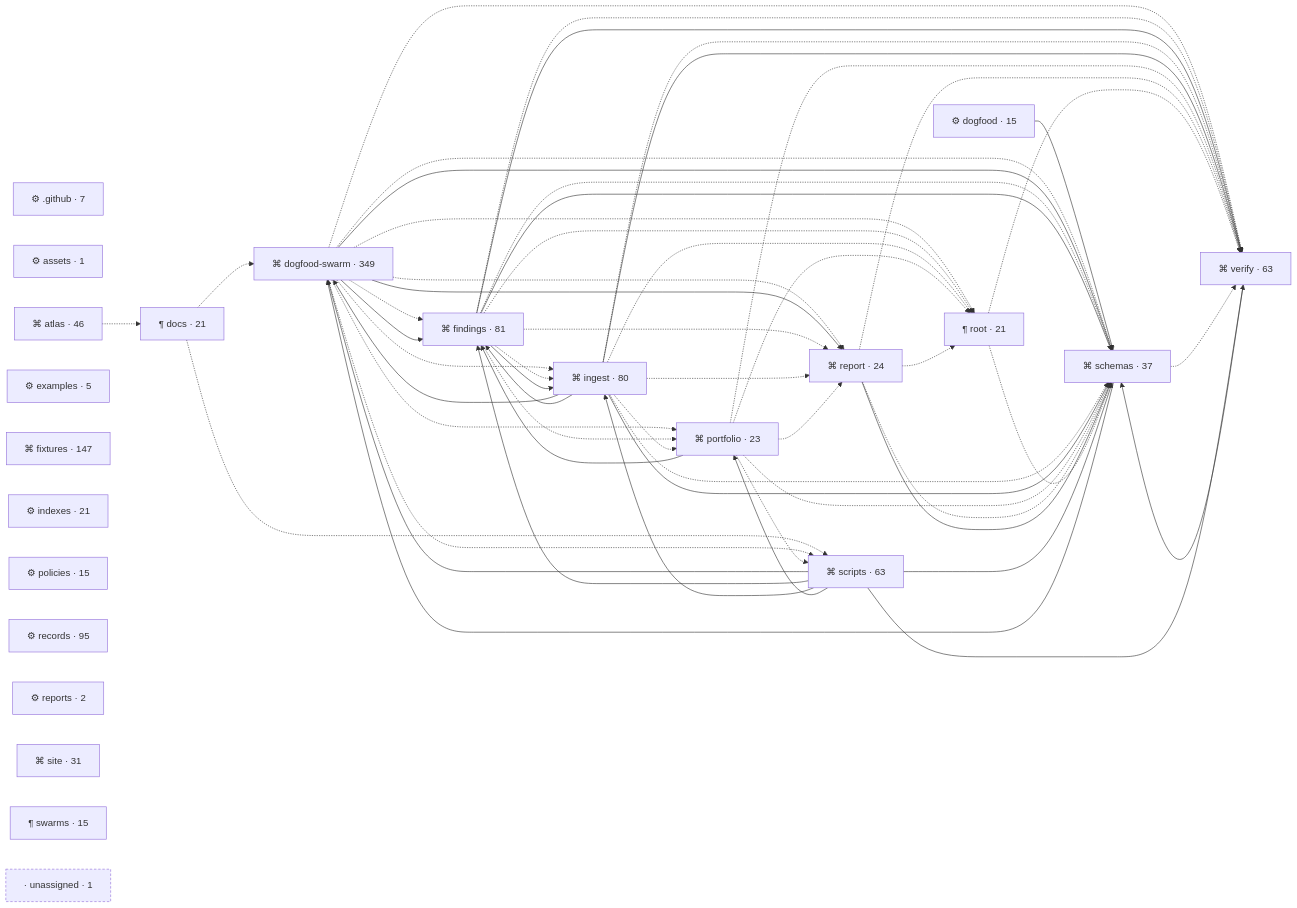
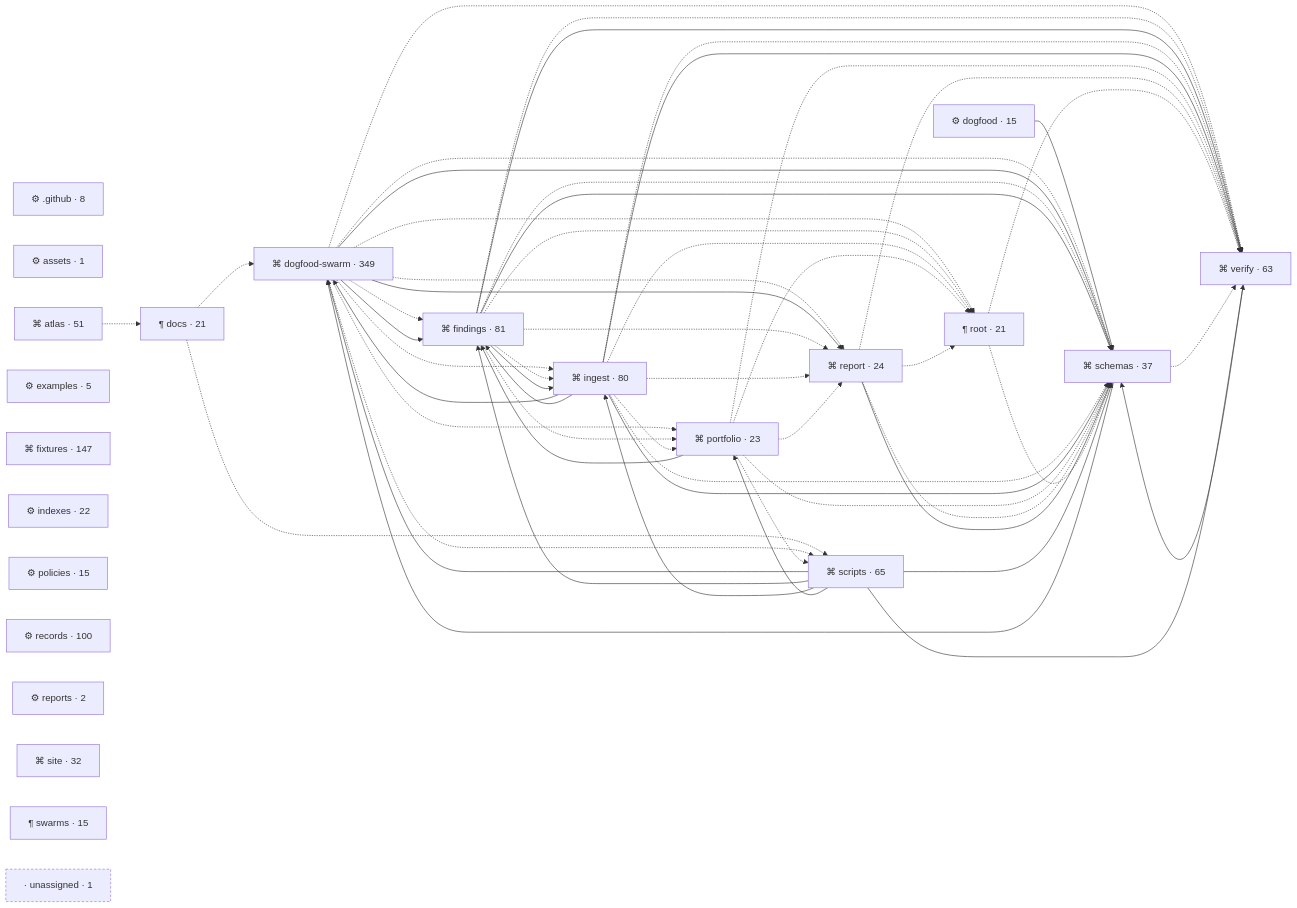
The diagram in atlas/dev.md (dogfood-lab/testing-os), drawn with Mermaid before and after one commit. The commit also changed other lines of this file and 6 other files, not shown here.

````diff
--- a/atlas/dev.md
+++ b/atlas/dev.md
@@ -7,81 +7,81 @@
 ```mermaid
 flowchart LR
-n__github["⚙ .github · 7"]
+n__github["⚙ .github · 8"]
 n_assets["⚙ assets · 1"]
-n_atlas["⌘ atlas · 46"]
+n_atlas["⌘ atlas · 51"]
 n_docs["¶ docs · 21"]
 n_dogfood["⚙ dogfood · 15"]
 n_dogfood_swarm["⌘ dogfood-swarm · 349"]
 n_examples["⚙ examples · 5"]
 n_findings["⌘ findings · 81"]
 n_fixtures["⌘ fixtures · 147"]
-n_indexes["⚙ indexes · 21"]
+n_indexes["⚙ indexes · 22"]
 n_ingest["⌘ ingest · 80"]
 n_policies["⚙ policies · 15"]
 n_portfolio["⌘ portfolio · 23"]
-n_records["⚙ records · 95"]
+n_records["⚙ records · 100"]
 n_report["⌘ report · 24"]
 n_reports["⚙ reports · 2"]
 n_root["¶ root · 21"]
 n_schemas["⌘ schemas · 37"]
-n_scripts["⌘ scripts · 63"]
-n_site["⌘ site · 31"]
+n_scripts["⌘ scripts · 65"]
+n_site["⌘ site · 32"]
 n_swarms["¶ swarms · 15"]
 n_verify["⌘ verify · 63"]
 unassigned["· unassigned · 1"]:::unassigned
 n_atlas -.-> n_docs
 n_docs -.-> n_dogfood_swarm
 n_docs -.-> n_scripts
 n_dogfood --> n_schemas
 n_dogfood_swarm -.-> n_findings
 n_dogfood_swarm --> n_findings
 n_dogfood_swarm -.-> n_ingest
 n_dogfood_swarm -.-> n_portfolio
 n_dogfood_swarm -.-> n_report
 n_dogfood_swarm --> n_report
 n_dogfood_swarm -.-> n_root
 n_dogfood_swarm -.-> n_schemas
 n_dogfood_swarm --> n_schemas
 n_dogfood_swarm -.-> n_scripts
 n_dogfood_swarm -.-> n_verify
 n_findings -.-> n_ingest
 n_findings --> n_ingest
 n_findings -.-> n_portfolio
 n_findings -.-> n_report
 n_findings -.-> n_root
 n_findings -.-> n_schemas
 n_findings --> n_schemas
 n_findings -.-> n_verify
 n_findings --> n_verify
 n_ingest --> n_dogfood_swarm
 n_ingest --> n_findings
 n_ingest -.-> n_portfolio
 n_ingest -.-> n_report
 n_ingest -.-> n_root
 n_ingest -.-> n_schemas
 n_ingest --> n_schemas
 n_ingest -.-> n_verify
 n_ingest --> n_verify
 n_portfolio --> n_findings
 n_portfolio -.-> n_report
 n_portfolio -.-> n_root
 n_portfolio -.-> n_schemas
 n_portfolio -.-> n_scripts
 n_portfolio -.-> n_verify
 n_report -.-> n_root
 n_report -.-> n_schemas
 n_report --> n_schemas
 n_report -.-> n_verify
 n_root -.-> n_schemas
 n_root -.-> n_verify
 n_schemas --> n_dogfood_swarm
 n_schemas -.-> n_verify
 n_scripts --> n_dogfood_swarm
 n_scripts --> n_findings
 n_scripts --> n_ingest
 n_scripts --> n_portfolio
 n_scripts --> n_schemas
 n_scripts --> n_verify
 n_verify --> n_schemas
 classDef unassigned stroke-dasharray: 4 3
 ```
````
